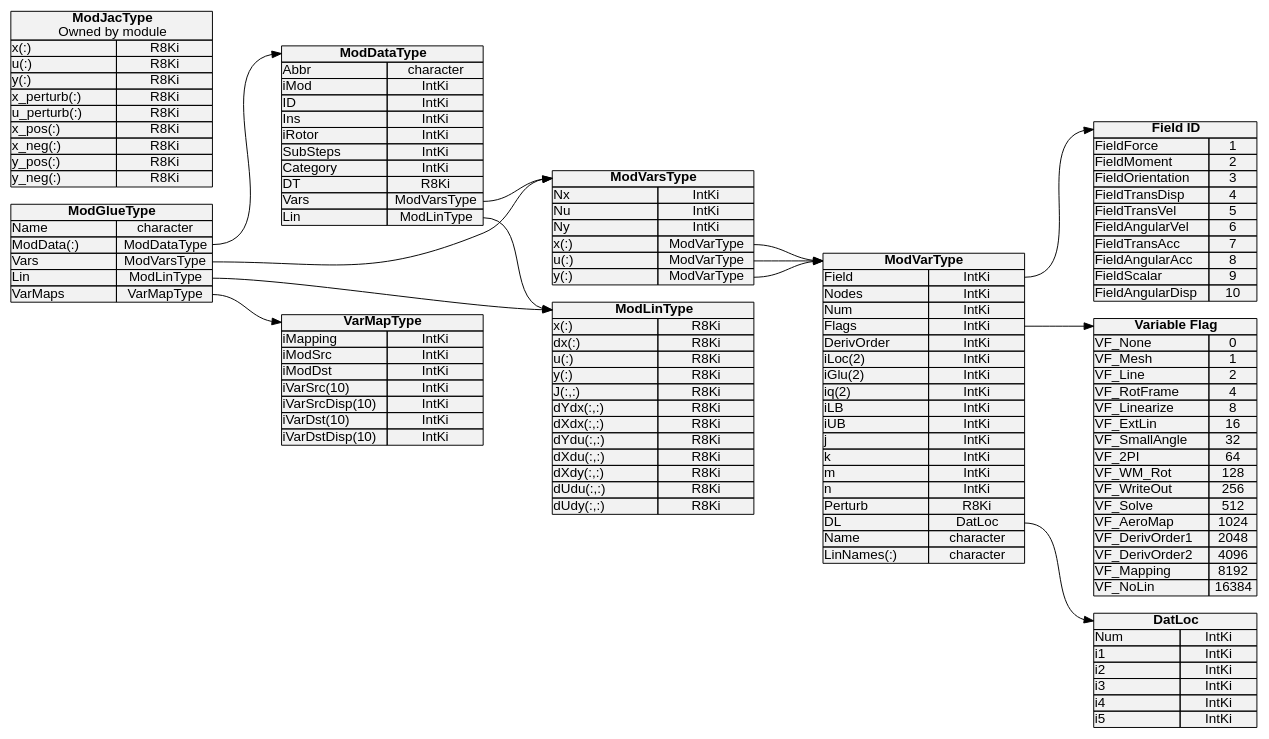
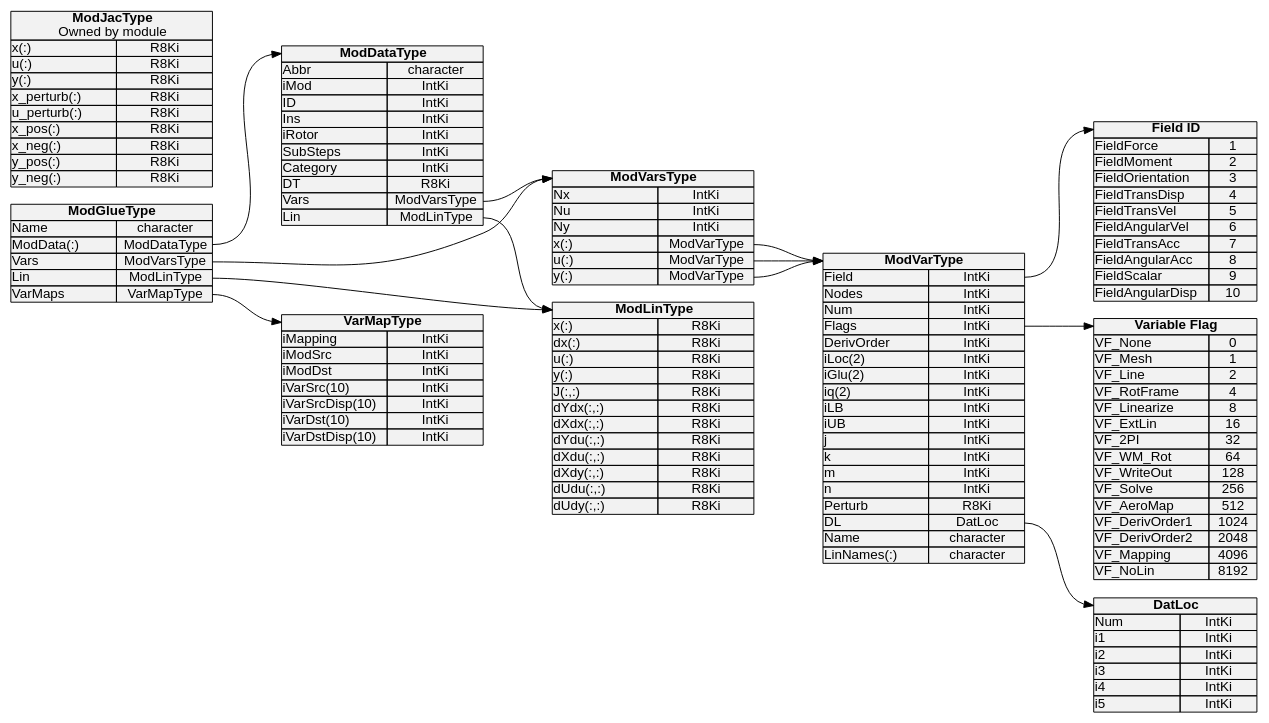
One commit to OpenFAST/openfast changed the diagram in docs/source/user/glue-code/modvar.dot. Above: the diagram before and after it, drawn with Graphviz. The commit also changed 10 other files, not shown here.

Commit message:
Remove VF_SmallAngle flag from ModVar

```diff
--- a/docs/source/user/glue-code/modvar.dot
+++ b/docs/source/user/glue-code/modvar.dot
@@ -1,168 +1,167 @@
 digraph ModVarDiagram {
     graph [fontname = "Helvetica,Arial,sans-serif"; rankdir = LR; ranksep = 1;];
     node [fontname = "Helvetica,Arial,sans-serif"; shape = record; style = filled; fillcolor = gray95;];
     edge [fontname = "Helvetica,Arial,sans-serif";];
     
     
     
     
     DatLoc [shape = plain;label = <<table border="0" cellborder="1" cellspacing="0" cellpadding="0">
         <tr><td colspan="2" port="header"> <b>DatLoc</b> </td></tr>
         <tr><td align="left" width="90">Num</td><td width="80">IntKi</td></tr>
         <tr><td align="left">i1</td><td>IntKi</td></tr>
         <tr><td align="left">i2</td><td>IntKi</td></tr>
         <tr><td align="left">i3</td><td>IntKi</td></tr>
         <tr><td align="left">i4</td><td>IntKi</td></tr>
         <tr><td align="left">i5</td><td>IntKi</td></tr>
         </table>>;];
     
     Field [shape = plain;label = <<table border="0" cellborder="1" cellspacing="0" cellpadding="0">
         <tr><td colspan="2" port="header"> <b>Field ID</b> </td></tr>
         <tr><td align="left"  width="120">FieldForce</td><td width="50">1</td></tr>
         <tr><td align="left">FieldMoment</td><td>2</td></tr>
         <tr><td align="left">FieldOrientation</td><td>3</td></tr>
         <tr><td align="left">FieldTransDisp</td><td>4</td></tr>
         <tr><td align="left">FieldTransVel</td><td>5</td></tr>
         <tr><td align="left">FieldAngularVel</td><td>6</td></tr>
         <tr><td align="left">FieldTransAcc</td><td>7</td></tr>
         <tr><td align="left">FieldAngularAcc</td><td>8</td></tr>
         <tr><td align="left">FieldScalar</td><td>9</td></tr>
         <tr><td align="left">FieldAngularDisp</td><td>10</td></tr>
         </table>>;];
     
     VF [shape = plain;label = <<table border="0" cellborder="1" cellspacing="0" cellpadding="0">
         <tr><td colspan="2" port="header"> <b>Variable Flag</b> </td></tr>
         <tr><td align="left"  width="120">VF_None</td><td width="50">0</td></tr>
         <tr><td align="left">VF_Mesh</td><td>1</td></tr>
         <tr><td align="left">VF_Line</td><td>2</td></tr>
         <tr><td align="left">VF_RotFrame</td><td>4</td></tr>
         <tr><td align="left">VF_Linearize</td><td>8</td></tr>
         <tr><td align="left">VF_ExtLin</td><td>16</td></tr>
-        <tr><td align="left">VF_SmallAngle</td><td>32</td></tr>
-        <tr><td align="left">VF_2PI</td><td>64</td></tr>
-        <tr><td align="left">VF_WM_Rot</td><td>128</td></tr>
-        <tr><td align="left">VF_WriteOut</td><td>256</td></tr>
-        <tr><td align="left">VF_Solve</td><td>512</td></tr>
-        <tr><td align="left">VF_AeroMap</td><td>1024</td></tr>
-        <tr><td align="left">VF_DerivOrder1</td><td>2048</td></tr>
-        <tr><td align="left">VF_DerivOrder2</td><td>4096</td></tr>
-        <tr><td align="left">VF_Mapping</td><td>8192</td></tr>
-        <tr><td align="left">VF_NoLin</td><td>16384</td></tr>
+        <tr><td align="left">VF_2PI</td><td>32</td></tr>
+        <tr><td align="left">VF_WM_Rot</td><td>64</td></tr>
+        <tr><td align="left">VF_WriteOut</td><td>128</td></tr>
+        <tr><td align="left">VF_Solve</td><td>256</td></tr>
+        <tr><td align="left">VF_AeroMap</td><td>512</td></tr>
+        <tr><td align="left">VF_DerivOrder1</td><td>1024</td></tr>
+        <tr><td align="left">VF_DerivOrder2</td><td>2048</td></tr>
+        <tr><td align="left">VF_Mapping</td><td>4096</td></tr>
+        <tr><td align="left">VF_NoLin</td><td>8192</td></tr>
         </table>>;];
     
     ModVarType [shape = plain;label = <<table border="0" cellborder="1" cellspacing="0" cellpadding="0">
         <tr><td colspan="2" port="header"> <b>ModVarType</b> </td></tr>
         <tr><td align="left" width="110">Field</td><td port="Field" width="100">IntKi</td></tr>
         <tr><td align="left">Nodes</td><td>IntKi</td></tr>
         <tr><td align="left">Num</td><td>IntKi</td></tr>
         <tr><td align="left">Flags</td><td port="Flags">IntKi</td></tr>
         <tr><td align="left">DerivOrder</td><td>IntKi</td></tr>
         <tr><td align="left">iLoc(2)</td><td>IntKi</td></tr>
         <tr><td align="left">iGlu(2)</td><td>IntKi</td></tr>
         <tr><td align="left">iq(2)</td><td>IntKi</td></tr>
         <tr><td align="left">iLB</td><td>IntKi</td></tr>
         <tr><td align="left">iUB</td><td>IntKi</td></tr>
         <tr><td align="left">j</td><td>IntKi</td></tr>
         <tr><td align="left">k</td><td>IntKi</td></tr>
         <tr><td align="left">m</td><td>IntKi</td></tr>
         <tr><td align="left">n</td><td>IntKi</td></tr>
         <tr><td align="left">Perturb</td><td>R8Ki</td></tr>
         <tr><td align="left">DL</td><td port="DatLoc">DatLoc</td></tr>
         <tr><td align="left">Name</td><td>character</td></tr>
         <tr><td align="left">LinNames(:)</td><td>character</td></tr>
         </table>>;];
     
     ModVarsType [shape = plain;label = <<table border="0" cellborder="1" cellspacing="0" cellpadding="0">
         <tr><td colspan="2" port="header"> <b>ModVarsType</b> </td></tr>
         <tr><td align="left" width="110">Nx</td><td width="100">IntKi</td></tr>
         <tr><td align="left">Nu</td><td>IntKi</td></tr>
         <tr><td align="left">Ny</td><td>IntKi</td></tr>
         <tr><td align="left">x(:)</td><td port="x">ModVarType</td></tr>
         <tr><td align="left">u(:)</td><td port="u">ModVarType</td></tr>
         <tr><td align="left">y(:)</td><td port="y">ModVarType</td></tr>
         </table>>;];
     
     
     
     ModLinType [shape = plain;label = <<table border="0" cellborder="1" cellspacing="0" cellpadding="0">
         <tr><td colspan="2" port="header"> <b>ModLinType</b> </td></tr>
         <tr><td align="left" width="110">x(:)</td><td width="100">R8Ki</td></tr>
         <tr><td align="left">dx(:)</td><td>R8Ki</td></tr>
         <tr><td align="left">u(:)</td><td>R8Ki</td></tr>
         <tr><td align="left">y(:)</td><td>R8Ki</td></tr>
         <tr><td align="left">J(:,:)</td><td>R8Ki</td></tr>
         <tr><td align="left">dYdx(:,:)</td><td>R8Ki</td></tr>
         <tr><td align="left">dXdx(:,:)</td><td>R8Ki</td></tr>
         <tr><td align="left">dYdu(:,:)</td><td>R8Ki</td></tr>
         <tr><td align="left">dXdu(:,:)</td><td>R8Ki</td></tr>
         <tr><td align="left">dXdy(:,:)</td><td>R8Ki</td></tr>
         <tr><td align="left">dUdu(:,:)</td><td>R8Ki</td></tr>
         <tr><td align="left">dUdy(:,:)</td><td>R8Ki</td></tr>
         </table>>;];
     
     ModDataType [shape = plain;label = <<table border="0" cellborder="1" cellspacing="0" cellpadding="0">
         <tr><td colspan="2" port="header"> <b>ModDataType</b> </td></tr>
         <tr><td align="left" width="110">Abbr</td><td width="100">character</td></tr>
         <tr><td align="left">iMod</td><td>IntKi</td></tr>
         <tr><td align="left">ID</td><td>IntKi</td></tr>
         <tr><td align="left">Ins</td><td>IntKi</td></tr>
         <tr><td align="left">iRotor</td><td>IntKi</td></tr>
         <tr><td align="left">SubSteps</td><td>IntKi</td></tr>
         <tr><td align="left">Category</td><td>IntKi</td></tr>
         <tr><td align="left">DT</td><td>R8Ki</td></tr>
         <tr><td align="left">Vars</td><td port="Vars">ModVarsType</td></tr>
         <tr><td align="left">Lin</td><td port="Lin">ModLinType</td></tr>
         </table>>;];
     
     ModJacType [shape = plain;label = <<table border="0" cellborder="1" cellspacing="0" cellpadding="0">
         <tr><td colspan="2" port="header"> <b>ModJacType</b> <br/>Owned by module</td></tr>
         <tr><td align="left" width="110">x(:)</td><td width="100">R8Ki</td></tr>
         <tr><td align="left">u(:)</td><td>R8Ki</td></tr>
         <tr><td align="left">y(:)</td><td>R8Ki</td></tr>
         <tr><td align="left">x_perturb(:)</td><td>R8Ki</td></tr>
         <tr><td align="left">u_perturb(:)</td><td>R8Ki</td></tr>
         <tr><td align="left">x_pos(:)</td><td>R8Ki</td></tr>
         <tr><td align="left">x_neg(:)</td><td>R8Ki</td></tr>
         <tr><td align="left">y_pos(:)</td><td>R8Ki</td></tr>
         <tr><td align="left">y_neg(:)</td><td>R8Ki</td></tr>
         </table>>;];
     
     
     
     VarMapType [shape = plain;label = <<table border="0" cellborder="1" cellspacing="0" cellpadding="0">
         <tr><td colspan="2" port="header"> <b>VarMapType</b> </td></tr>
         <tr><td align="left" width="110">iMapping</td><td width="100">IntKi</td></tr>
         <tr><td align="left">iModSrc</td><td>IntKi</td></tr>
         <tr><td align="left">iModDst</td><td>IntKi</td></tr>
         <tr><td align="left">iVarSrc(10)</td><td>IntKi</td></tr>
         <tr><td align="left">iVarSrcDisp(10)</td><td>IntKi</td></tr>
         <tr><td align="left">iVarDst(10)</td><td>IntKi</td></tr>
         <tr><td align="left">iVarDstDisp(10)</td><td>IntKi</td></tr>
         </table>>;];
     
     ModGlueType [shape = plain;label = <<table border="0" cellborder="1" cellspacing="0" cellpadding="0">
         <tr><td colspan="2" port="header"> <b>ModGlueType</b> </td></tr>
         <tr><td align="left" width="110">Name</td><td width="100">character</td></tr>
         <tr><td align="left">ModData(:)</td><td port="ModData">ModDataType</td></tr>
         <tr><td align="left">Vars</td><td port="Vars">ModVarsType</td></tr>
         <tr><td align="left">Lin</td><td port="Lin">ModLinType</td></tr>
         <tr><td align="left">VarMaps</td><td port="VarMaps">VarMapType</td></tr>
         </table>>;];
     
     
     ModVarType:Field:e -> Field:header:w;
     ModVarType:Flags:e -> VF:header:w;
     ModVarType:DatLoc:e -> DatLoc:header:w;
     ModVarsType:x:e -> ModVarType:header:w;
     ModVarsType:u:e -> ModVarType:header:w;
     ModVarsType:y:e -> ModVarType:header:w;
     
     ModDataType:Vars:e -> ModVarsType:header:w;
     
     ModDataType:Lin:e -> ModLinType:header:w;
     
     ModGlueType:ModData:e -> ModDataType:header:w;
     ModGlueType:Vars:e -> ModVarsType:header:w;
     ModGlueType:Lin:e -> ModLinType:header:w;
     ModGlueType:VarMaps:e -> VarMapType:header:w;
 }
```
